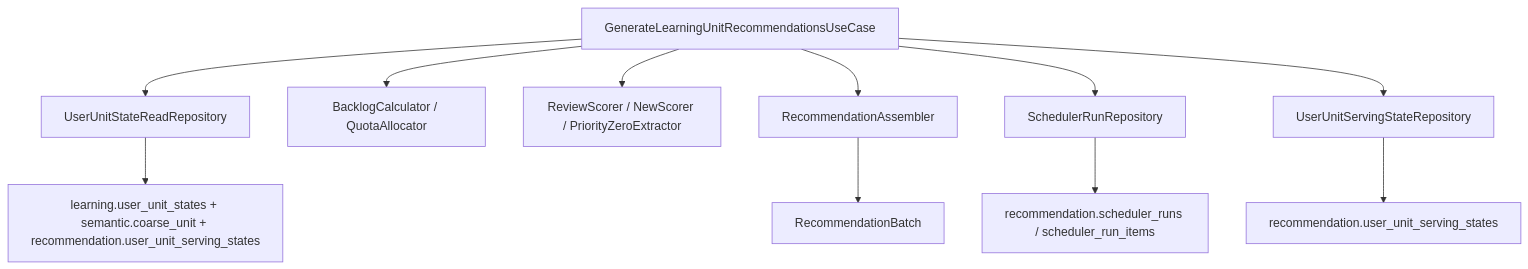
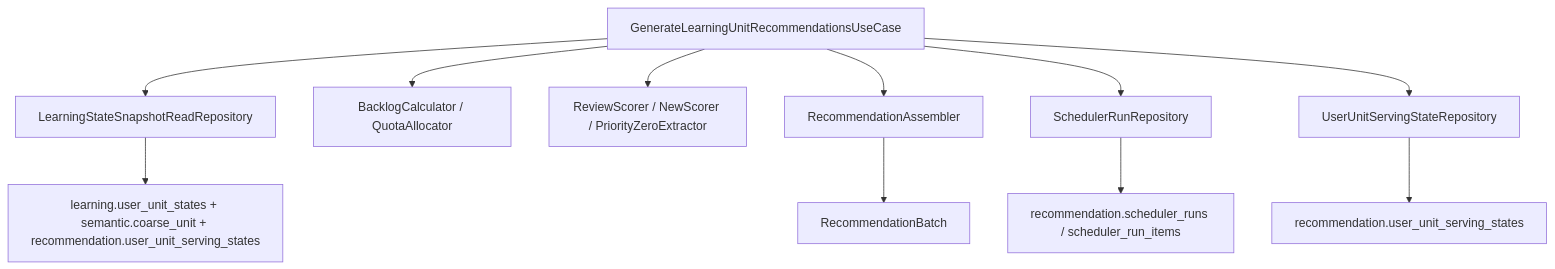
Before and after one commit to bionicotaku/learning-video-recommendation-system: the diagram in docs/学习调度系统模块实施说明.md, drawn with Mermaid. The commit also changed other lines of this file and 147 other files, not shown here.

````diff
--- a/docs/学习调度系统模块实施说明.md
+++ b/docs/学习调度系统模块实施说明.md
@@ -119,13 +124,13 @@
 ```mermaid
 flowchart TD
-    A["GenerateLearningUnitRecommendationsUseCase"] --> B["UserUnitStateReadRepository"]
+    A["GenerateLearningUnitRecommendationsUseCase"] --> B["LearningStateSnapshotReadRepository"]
     B --> C["learning.user_unit_states + semantic.coarse_unit + recommendation.user_unit_serving_states"]
     A --> D["BacklogCalculator / QuotaAllocator"]
     A --> E["ReviewScorer / NewScorer / PriorityZeroExtractor"]
     A --> F["RecommendationAssembler"]
     F --> G["RecommendationBatch"]
     A --> H["SchedulerRunRepository"]
     A --> I["UserUnitServingStateRepository"]
     H --> J["recommendation.scheduler_runs / scheduler_run_items"]
     I --> K["recommendation.user_unit_serving_states"]
 ```
````
